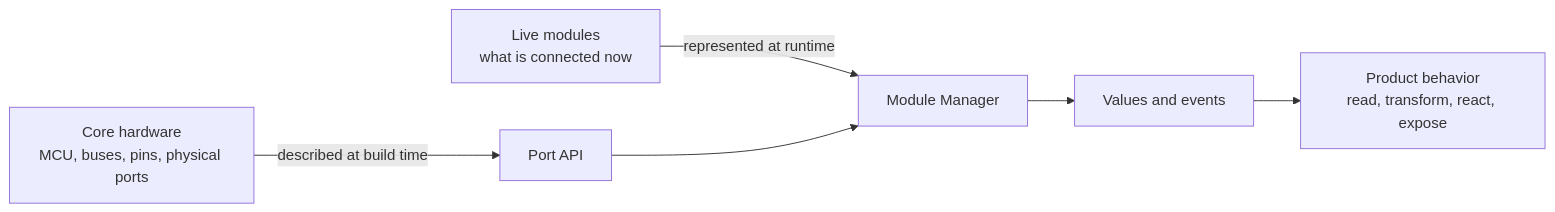
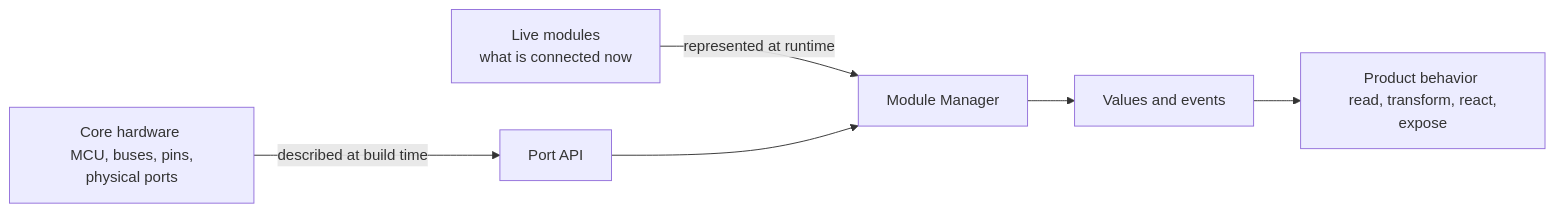
One commit to andreapiccini/SpaghettiLAB changed the first of 17 diagrams in Firmware/core/ARCHITECTURE.md. Above: the diagram before and after it, drawn with Mermaid. The commit also changed other lines of this file and 3 other files, not shown here.

````diff
--- a/Firmware/core/ARCHITECTURE.md
+++ b/Firmware/core/ARCHITECTURE.md
@@ -21,12 +21,12 @@
 ```mermaid
 flowchart LR
-    HW["Core hardware<br/>MCU, buses, pins, physical ports"]
-    LIVE["Live modules<br/>what is connected now"]
-    BEHAVIOR["Product behavior<br/>read, transform, react, expose"]
+    HW["Core hardware <br/> MCU, buses, pins, physical ports"]
+    LIVE["Live modules <br/> what is connected now"]
+    BEHAVIOR["Product behavior <br/> read, transform, react, expose"]
 
     HW -->|"described at build time"| PORT["Port API"]
     LIVE -->|"represented at runtime"| MANAGER["Module Manager"]
     PORT --> MANAGER
     MANAGER --> DATA["Values and events"]
     DATA --> BEHAVIOR
 ```
````
